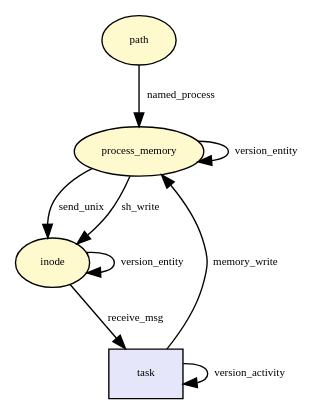
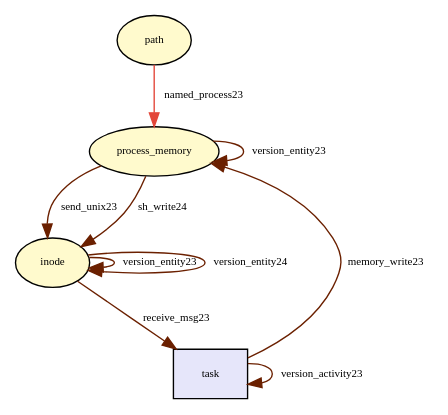
One commit to TinkerBellSystem/graph-matching changed the diagram in tmp/provenance_socket_recvmsg_always.dot. Above: the diagram before and after it, drawn with Graphviz. The commit also changed 64 other files, not shown here.

Commit message:
drawing graph. not great

```diff
--- a/tmp/provenance_socket_recvmsg_always.dot
+++ b/tmp/provenance_socket_recvmsg_always.dot
@@ -1,25 +1,27 @@
 digraph RGL__DirectedAdjacencyGraph {path[fontsize = 8,label = "path",shape = ellipse, fillcolor="#fffacd", style = filled]
 
 process_memory[fontsize = 8,label = "process_memory",shape = ellipse, fillcolor="#fffacd", style = filled]
 
-path -> process_memory[fontsize = 8,label = "named_process"]
+path -> process_memory[fontsize = 8,label = "named_process23", color="#e3473a"]
 
 inode[fontsize = 8,label = "inode",shape = ellipse, fillcolor="#fffacd", style = filled]
 
-process_memory -> inode[fontsize = 8,label = "send_unix"]
+inode -> inode[fontsize = 8,label = "version_entity23", color="#6b2000"]
 
-inode -> inode[fontsize = 8,label = "version_entity"]
+process_memory -> inode[fontsize = 8,label = "send_unix23", color="#6b2000"]
 
 task[fontsize = 8,label = "task",shape = rectangle, fillcolor="#e6e6fa", style = filled]
 
-inode -> task[fontsize = 8,label = "receive_msg"]
+task -> task[fontsize = 8,label = "version_activity23", color="#6b2000"]
 
-task -> process_memory[fontsize = 8,label = "memory_write"]
+inode -> task[fontsize = 8,label = "receive_msg23", color="#6b2000"]
 
-task -> task[fontsize = 8,label = "version_activity"]
+process_memory -> process_memory[fontsize = 8,label = "version_entity23", color="#6b2000"]
 
-process_memory -> process_memory[fontsize = 8,label = "version_entity"]
+task -> process_memory[fontsize = 8,label = "memory_write23", color="#6b2000"]
 
-process_memory -> inode[fontsize = 8,label = "sh_write"]
+inode -> inode[fontsize = 8,label = "version_entity24", color="#6b2000"]
+
+process_memory -> inode[fontsize = 8,label = "sh_write24", color="#6b2000"]
 
 }
```
